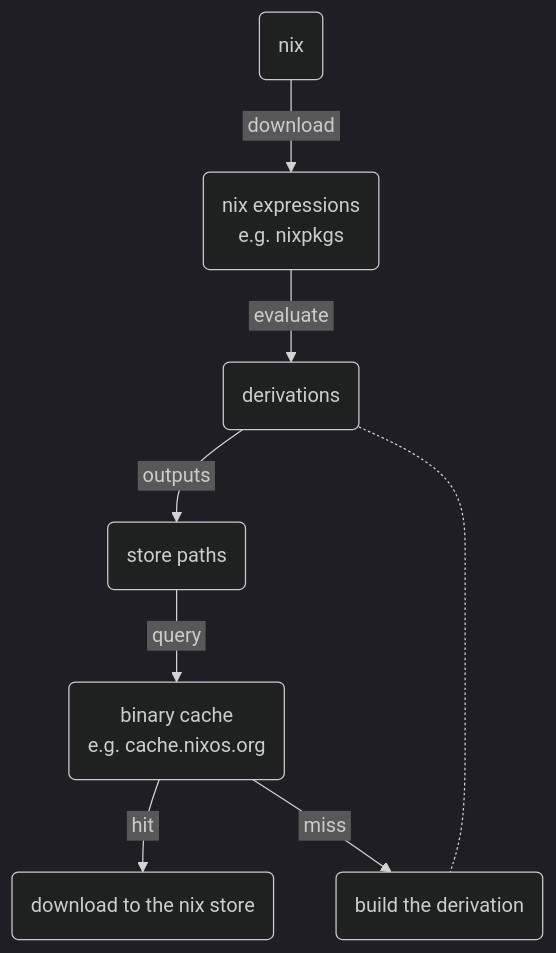
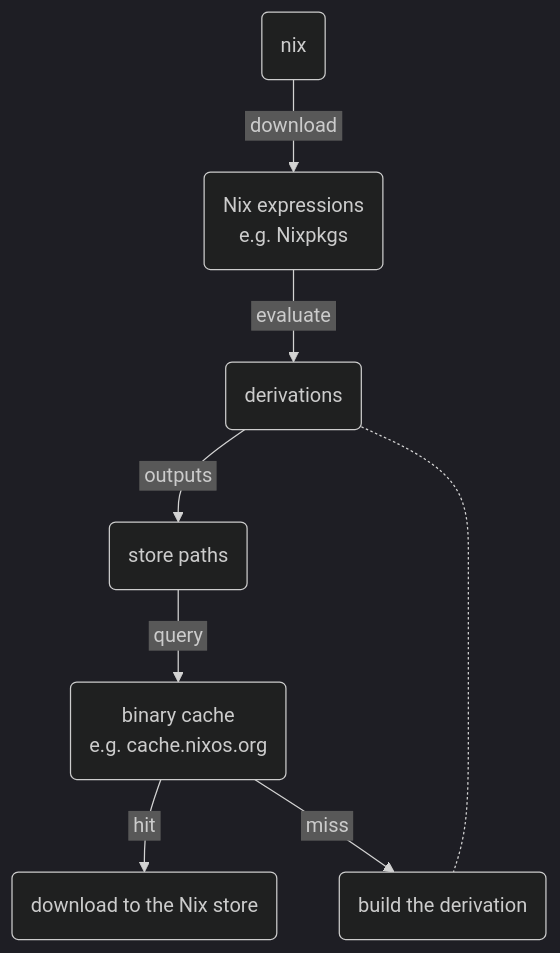
Before and after one commit to figsoda/unnix: the first of 2 diagrams in README.md, drawn with Mermaid (dark theme). The commit also changed other lines of this file and 1 other file, not shown here.

Commit message:
capitalize nix

````diff
--- a/README.md
+++ b/README.md
@@ -32,24 +32,24 @@
 ```mermaid
 flowchart TB
 
 nix(nix) --> |&nbsp;download&nbsp;| expr --> |&nbsp;evaluate&nbsp;| drv
 drv --> |&nbsp;outputs&nbsp;| path --> |&nbsp;query&nbsp;| cache
 
-cache -->|&nbsp;hit&nbsp;| download(download to the nix store)
+cache -->|&nbsp;hit&nbsp;| download(download to the Nix store)
 cache -->|&nbsp;miss&nbsp;| build(build the derivation)
 drv -.- build
 
 cache(
   binary cache
   e.g. cache.nixos.org
 )
 
 drv(derivations)
 
 expr(
-  nix expressions
-  e.g. nixpkgs
+  Nix expressions
+  e.g. Nixpkgs
 )
 
 path(store paths)
 ```
````
